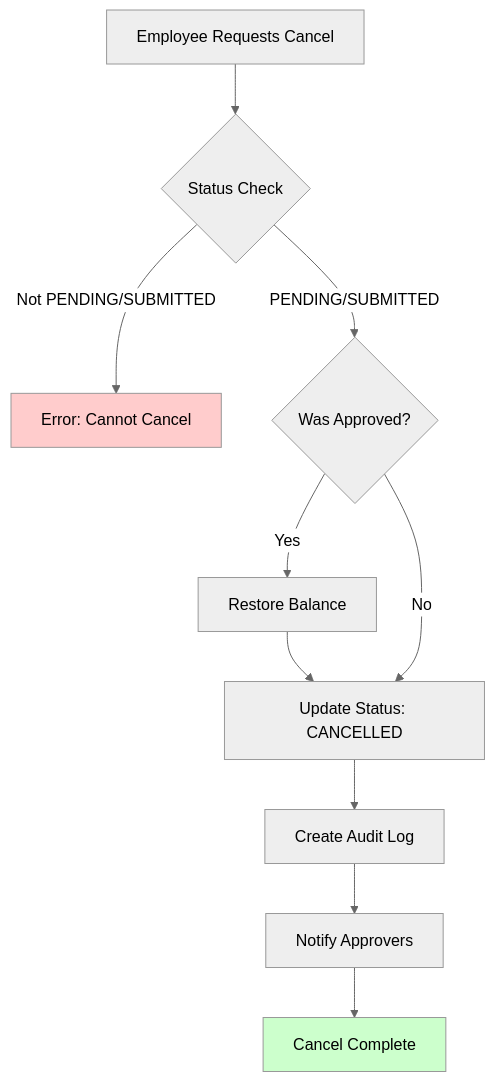
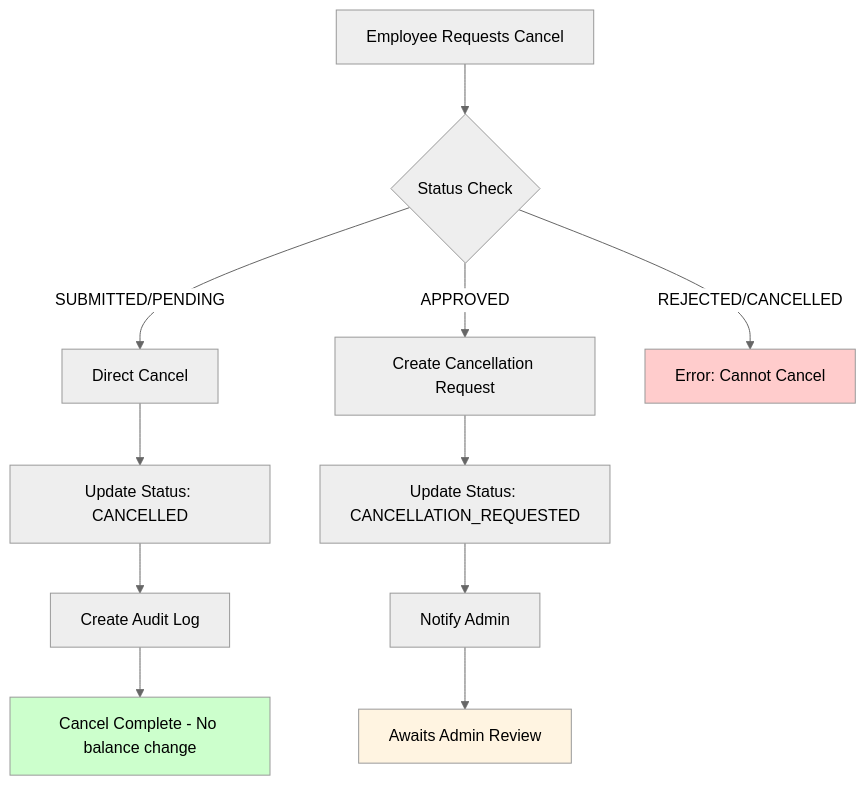
The ninth of 15 diagrams in docs/technical-documentation/architecture/Flow-Charts.md (Abid-5AS/CDBL-LMS), drawn with Mermaid (neutral theme) before and after one commit. The commit also changed other lines of this file and 5 other files, not shown here.

````diff
--- a/docs/technical-documentation/architecture/Flow-Charts.md
+++ b/docs/technical-documentation/architecture/Flow-Charts.md
@@ -304,15 +357,19 @@
 ```mermaid
 flowchart TD
     A[Employee Requests Cancel] --> B{Status Check}
-    B -->|Not PENDING/SUBMITTED| C[Error: Cannot Cancel]
-    B -->|PENDING/SUBMITTED| D{Was Approved?}
-    D -->|Yes| E[Restore Balance]
-    E --> F[Update Status: CANCELLED]
-    D -->|No| F
-    F --> G[Create Audit Log]
-    G --> H[Notify Approvers]
-    H --> I[Cancel Complete]
-    
-    style C fill:#ffcccc
-    style I fill:#ccffcc
+    B -->|SUBMITTED/PENDING| C[Direct Cancel]
+    C --> D[Update Status: CANCELLED]
+    D --> E[Create Audit Log]
+    E --> F[Cancel Complete - No balance change]
+
+    B -->|APPROVED| G[Create Cancellation Request]
+    G --> H[Update Status: CANCELLATION_REQUESTED]
+    H --> I[Notify Admin]
+    I --> J[Awaits Admin Review]
+
+    B -->|REJECTED/CANCELLED| K[Error: Cannot Cancel]
+
+    style F fill:#ccffcc
+    style J fill:#fff4e1
+    style K fill:#ffcccc
 ```
````
